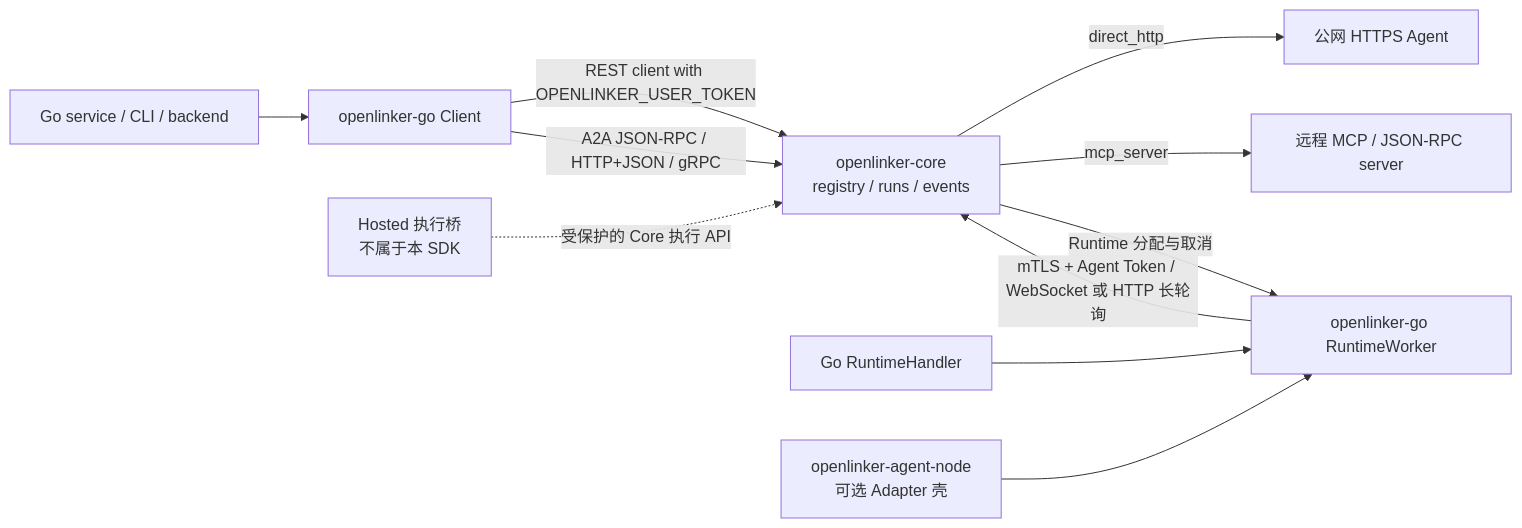
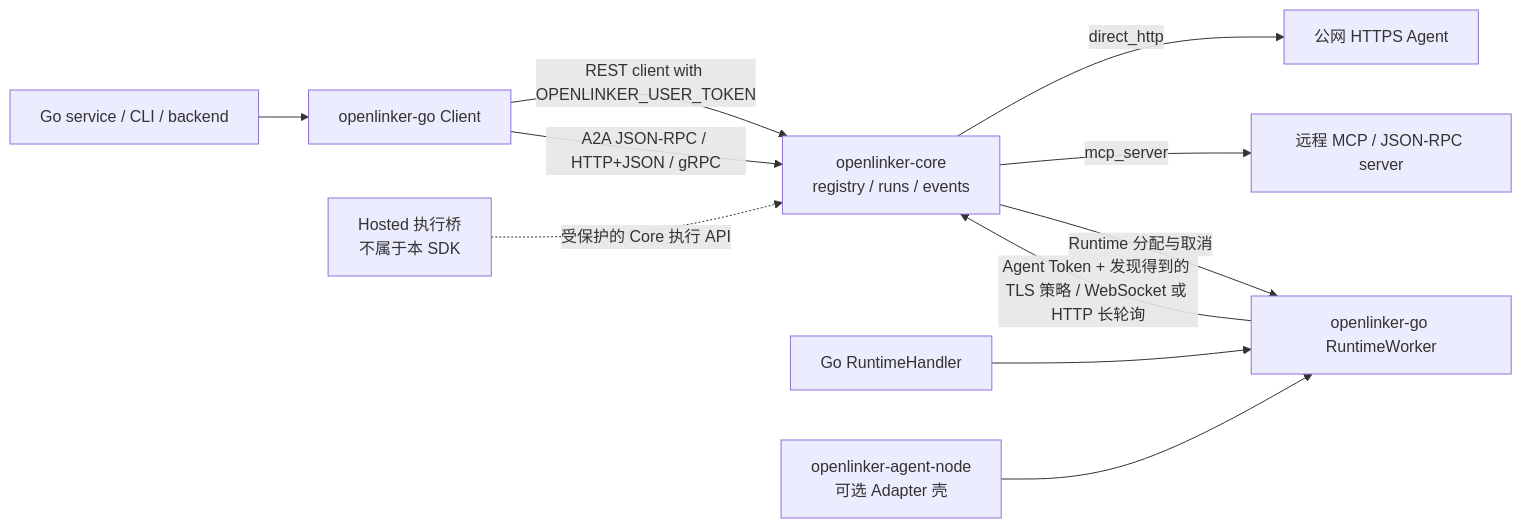
Before and after one commit to OpenLinker-ai/openlinker-go: the diagram in README.zh-CN.md, drawn with Mermaid. The commit also changed other lines of this file and 10 other files, not shown here.

````diff
--- a/README.zh-CN.md
+++ b/README.zh-CN.md
@@ -84,15 +84,15 @@
 ```mermaid
 flowchart LR
   Service["Go service / CLI / backend"] --> ClientSDK["openlinker-go Client"]
   ClientSDK -->|"REST client with OPENLINKER_USER_TOKEN"| Core["openlinker-core<br/>registry / runs / events"]
   ClientSDK -->|"A2A JSON-RPC / HTTP+JSON / gRPC"| Core
   Handler["Go RuntimeHandler"] --> RuntimeSDK["openlinker-go RuntimeWorker"]
   AgentNode["openlinker-agent-node<br/>可选 Adapter 壳"] --> RuntimeSDK
-  RuntimeSDK -->|"mTLS + Agent Token / WebSocket 或 HTTP 长轮询"| Core
+  RuntimeSDK -->|"Agent Token + 发现得到的 TLS 策略 / WebSocket 或 HTTP 长轮询"| Core
 
   HostedBridge["Hosted 执行桥<br/>不属于本 SDK"] -.->|"受保护的 Core 执行 API"| Core
 
   Core -->|"direct_http"| HTTPAgent["公网 HTTPS Agent"]
   Core -->|"mcp_server"| MCPAgent["远程 MCP / JSON-RPC server"]
   Core -->|"Runtime 分配与取消"| RuntimeSDK
 ```
````
